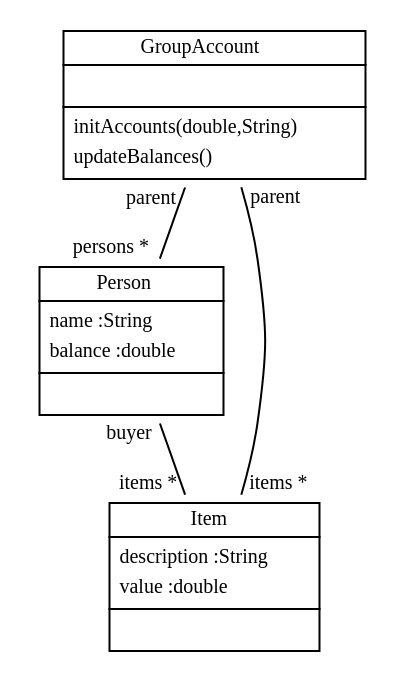
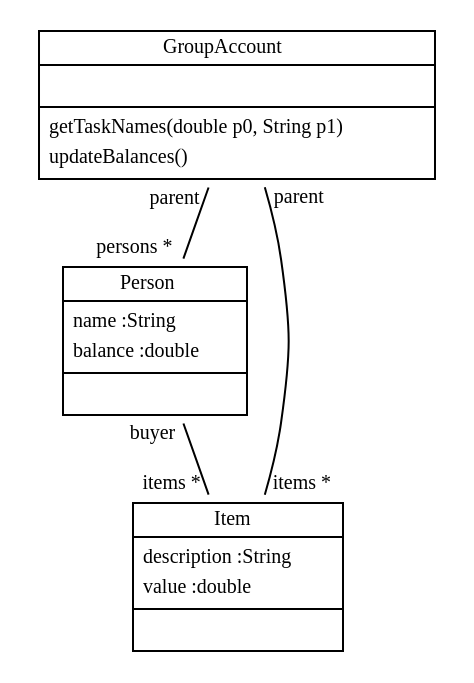
Before and after one commit to fujaba/SDMLib: the diagram in doc/GroupAccountCodegenClassDiagram2.dot, drawn with Graphviz. The commit also changed 33 other files, not shown here.

Commit message:
groupAccount refactored

```diff
--- a/doc/GroupAccountCodegenClassDiagram2.dot
+++ b/doc/GroupAccountCodegenClassDiagram2.dot
@@ -1,16 +1,16 @@
 
  digraph ClassDiagram {
     node [shape = none, fontsize = 10]; 
     edge [fontsize = 10];
     
     
-    _GroupAccount [label=<<table border='0' cellborder='1' cellspacing='0'> <tr> <td HREF="../examples/org/sdmlib/examples/groupAccount/GroupAccount.java">GroupAccount</td> </tr> <tr><td><table border='0' cellborder='0' cellspacing='0'> <tr><td> </td></tr> </table></td></tr> <tr><td><table border='0' cellborder='0' cellspacing='0'> <tr><td align='left'>initAccounts(double,String)</td></tr> <tr><td align='left'>updateBalances()</td></tr>  </table></td></tr> </table>>];
-    _Person [label=<<table border='0' cellborder='1' cellspacing='0'> <tr> <td HREF="../examples/org/sdmlib/examples/groupAccount/Person.java">Person</td> </tr> <tr><td><table border='0' cellborder='0' cellspacing='0'> <tr><td align='left'>name :String</td></tr> <tr><td align='left'>balance :double</td></tr>  </table></td></tr> <tr><td><table border='0' cellborder='0' cellspacing='0'> <tr><td> </td></tr> </table></td></tr> </table>>];
-    _Item [label=<<table border='0' cellborder='1' cellspacing='0'> <tr> <td HREF="../examples/org/sdmlib/examples/groupAccount/Item.java">Item</td> </tr> <tr><td><table border='0' cellborder='0' cellspacing='0'> <tr><td align='left'>description :String</td></tr> <tr><td align='left'>value :double</td></tr>  </table></td></tr> <tr><td><table border='0' cellborder='0' cellspacing='0'> <tr><td> </td></tr> </table></td></tr> </table>>];
+    _GroupAccount [label=<<table border='0' cellborder='1' cellspacing='0'> <tr> <td HREF="../src/GroupAccount.java">GroupAccount</td> </tr> <tr><td><table border='0' cellborder='0' cellspacing='0'> <tr><td> </td></tr> </table></td></tr> <tr><td><table border='0' cellborder='0' cellspacing='0'> <tr><td align='left'>getTaskNames(double p0, String p1)</td></tr> <tr><td align='left'>updateBalances()</td></tr>  </table></td></tr> </table>>];
+    _Person [label=<<table border='0' cellborder='1' cellspacing='0'> <tr> <td HREF="../src/Person.java">Person</td> </tr> <tr><td><table border='0' cellborder='0' cellspacing='0'> <tr><td align='left'>name :String</td></tr> <tr><td align='left'>balance :double</td></tr>  </table></td></tr> <tr><td><table border='0' cellborder='0' cellspacing='0'> <tr><td> </td></tr> </table></td></tr> </table>>];
+    _Item [label=<<table border='0' cellborder='1' cellspacing='0'> <tr> <td HREF="../src/Item.java">Item</td> </tr> <tr><td><table border='0' cellborder='0' cellspacing='0'> <tr><td align='left'>description :String</td></tr> <tr><td align='left'>value :double</td></tr>  </table></td></tr> <tr><td><table border='0' cellborder='0' cellspacing='0'> <tr><td> </td></tr> </table></td></tr> </table>>];
     
     
     
     _GroupAccount -> _Person [headlabel = "persons *" taillabel = "parent" arrowhead = "none" ];
     _GroupAccount -> _Item [headlabel = "items *" taillabel = "parent" arrowhead = "none" ];
     _Person -> _Item [headlabel = "items *" taillabel = "buyer" arrowhead = "none" ];
 }
```
